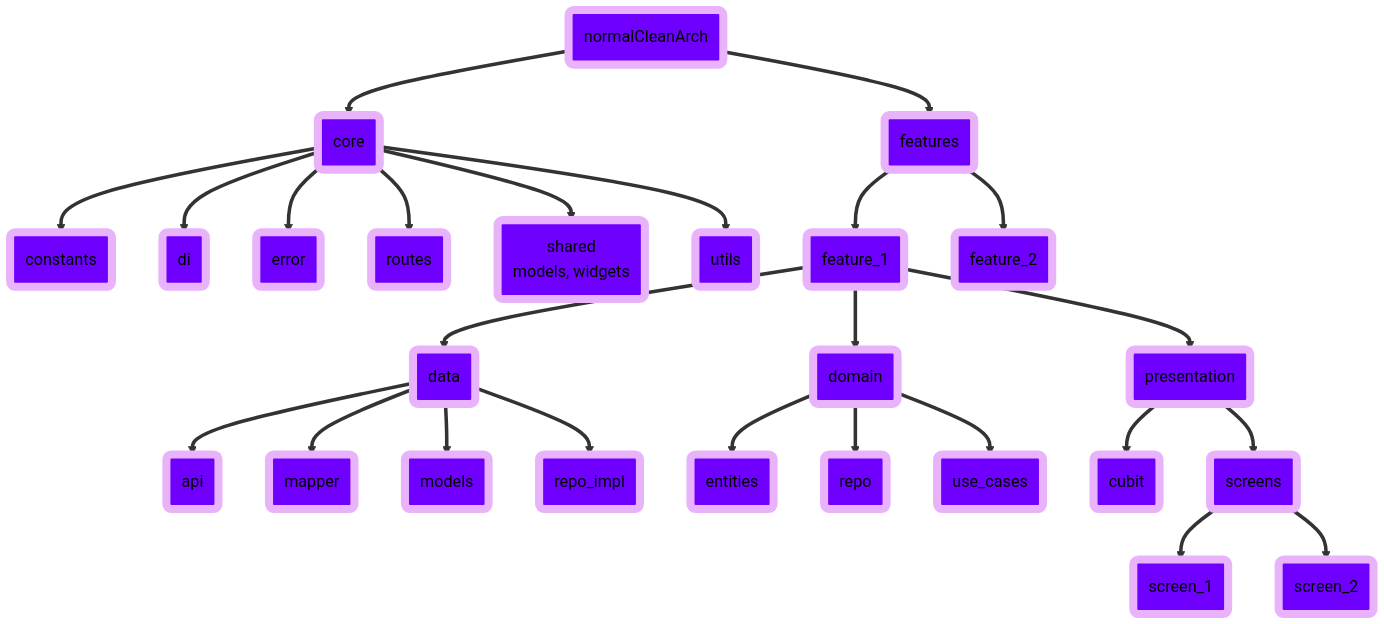
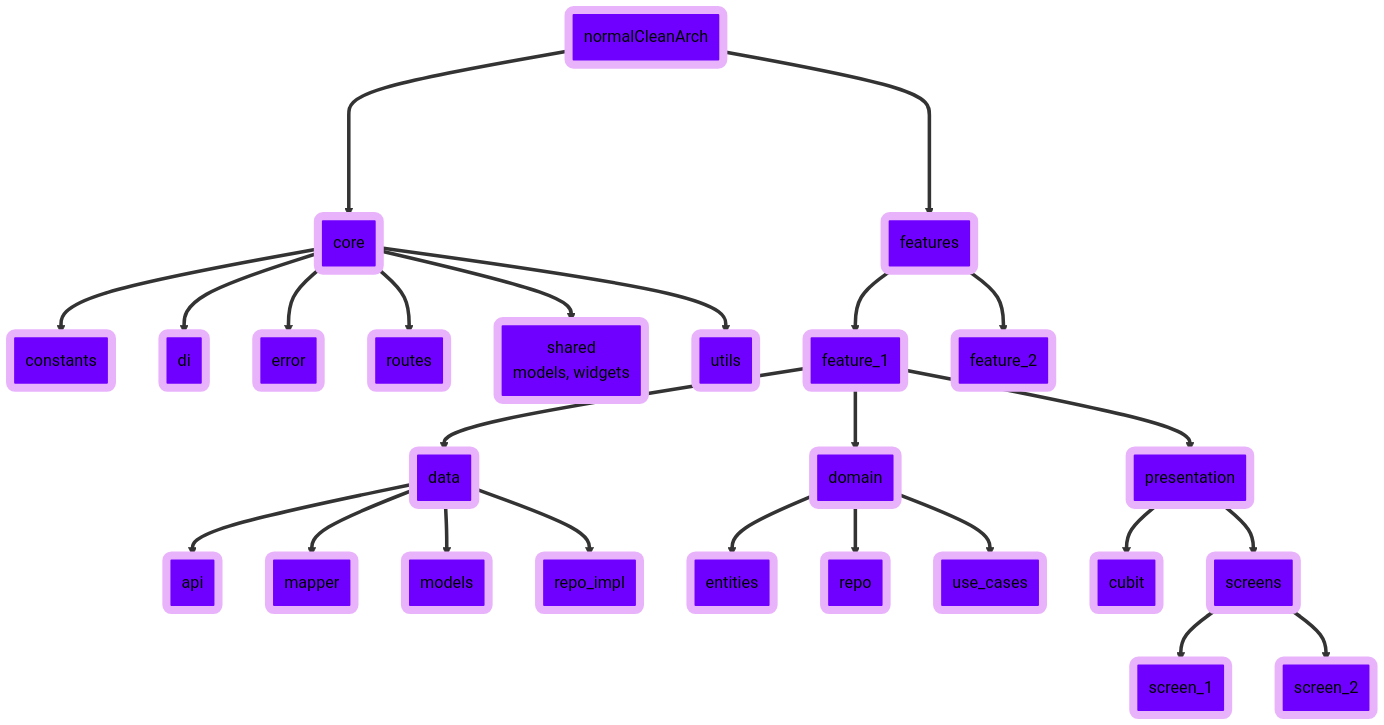
The diagram in README.md (Mahm0udbakir/clean_arch), drawn with Mermaid before and after one commit.

Commit message:
Update README.md architecture diagram to use double arrows for connections, enhancing clarity in the representation of relationships between components.

````diff
--- a/README.md
+++ b/README.md
@@ -5,36 +5,36 @@
 ```mermaid
 graph TD
-    A(normalCleanArch) ==> B(core)
-    A ==> C(features)
+    A(normalCleanArch) ====> B(core)
+    A ====> C(features)
 
     B ==> B1(constants)
     B ==> B2(di)
     B ==> B3(error)
     B ==> B4(routes)
     B ==> B5("shared<br/>models, widgets")
     B ==> B6(utils)
 
     C ==> C1(feature_1)
     C1 ==> C1a(data)
     C1a ==> C1a1(api)
     C1a ==> C1a2(mapper)
     C1a ==> C1a3(models)
     C1a ==> C1a4(repo_impl)
     C1 ==> C1b(domain)
     C1b ==> C1b1(entities)
     C1b ==> C1b2(repo)
     C1b ==> C1b3(use_cases)
     C1 ==> C1c(presentation)
     C1c ==> C1c1(cubit)
     C1c ==> C1c2(screens)
     C1c2 ==> C1c2a(screen_1)
     C1c2 ==> C1c2b(screen_2)
 
     C ==> C2(feature_2)
 
     classDef core fill:#6F00FF,stroke:#E9B3FB,stroke-width:8px,color:#000000;
     classDef features fill:#6F00FF,stroke:#E9B3FB,stroke-width:8px,color:#000000;
     classDef lib fill:#6F00FF,stroke:#E9B3FB,stroke-width:8px,color:#000000;
     class A,B,B1,B2,B3,B4,B5,B6 core;
     class C,C1,C1a,C1a1,C1a2,C1a3,C1a4,C1b,C1b1,C1b2,C1b3,C1c,C1c1,C1c2,C1c2a,C1c2b,C2 features;
 ```
````
